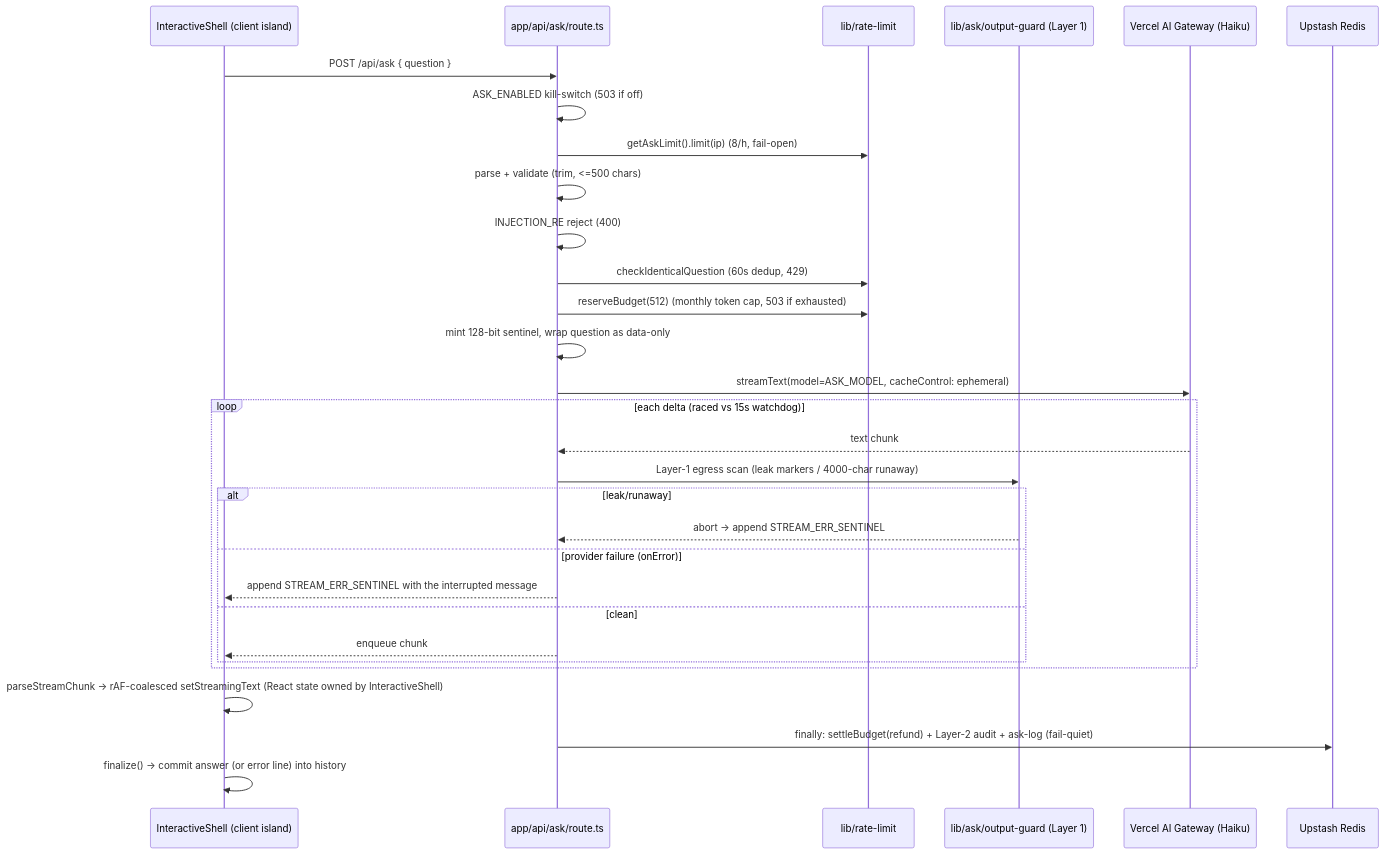
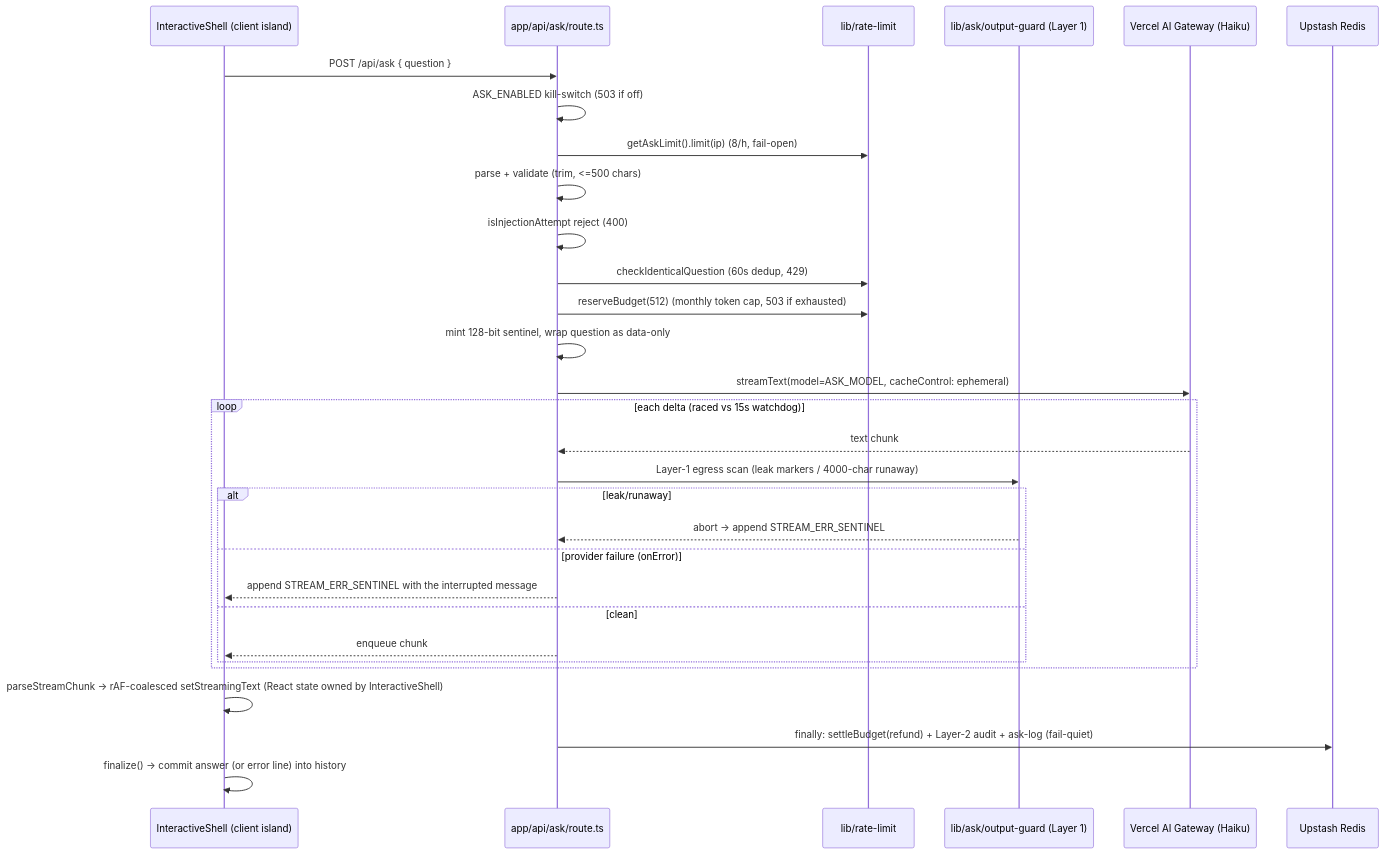
Before and after one commit to erikunha/portfolio: the fourth of 6 diagrams in docs/03-rendering-and-data-flow.md, drawn with Mermaid. The commit also changed 15 other files, not shown here.

````diff
--- a/docs/03-rendering-and-data-flow.md
+++ b/docs/03-rendering-and-data-flow.md
@@ -127,33 +127,33 @@
 ```mermaid
 sequenceDiagram
     participant U as InteractiveShell (client island)
     participant R as app/api/ask/route.ts
     participant RL as lib/rate-limit
     participant G as lib/ask/output-guard (Layer 1)
     participant AI as Vercel AI Gateway (Haiku)
     participant KV as Upstash Redis
 
     U->>R: POST /api/ask { question }
     R->>R: ASK_ENABLED kill-switch (503 if off)
     R->>RL: getAskLimit().limit(ip)  (8/h, fail-open)
     R->>R: parse + validate (trim, <=500 chars)
-    R->>R: INJECTION_RE reject (400)
+    R->>R: isInjectionAttempt reject (400)
     R->>RL: checkIdenticalQuestion (60s dedup, 429)
     R->>RL: reserveBudget(512)  (monthly token cap, 503 if exhausted)
     R->>R: mint 128-bit sentinel, wrap question as data-only
     R->>AI: streamText(model=ASK_MODEL, cacheControl: ephemeral)
     loop each delta (raced vs 15s watchdog)
         AI-->>R: text chunk
         R->>G: Layer-1 egress scan (leak markers / 4000-char runaway)
         alt leak/runaway
             G-->>R: abort -> append STREAM_ERR_SENTINEL
         else provider failure (onError)
             R-->>U: append STREAM_ERR_SENTINEL with the interrupted message
         else clean
             R-->>U: enqueue chunk
         end
     end
     U->>U: parseStreamChunk -> rAF-coalesced setStreamingText (React state owned by InteractiveShell)
     R->>KV: finally: settleBudget(refund) + Layer-2 audit + ask-log (fail-quiet)
     U->>U: finalize() -> commit answer (or error line) into history
 ```
````
